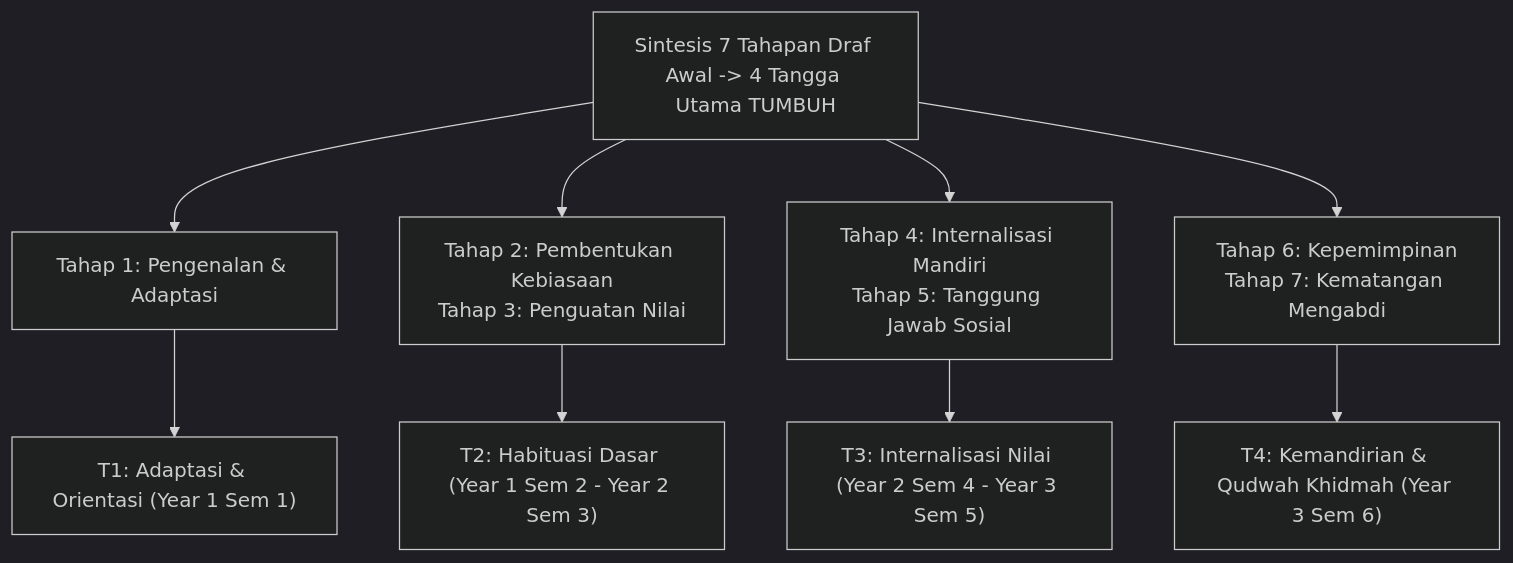
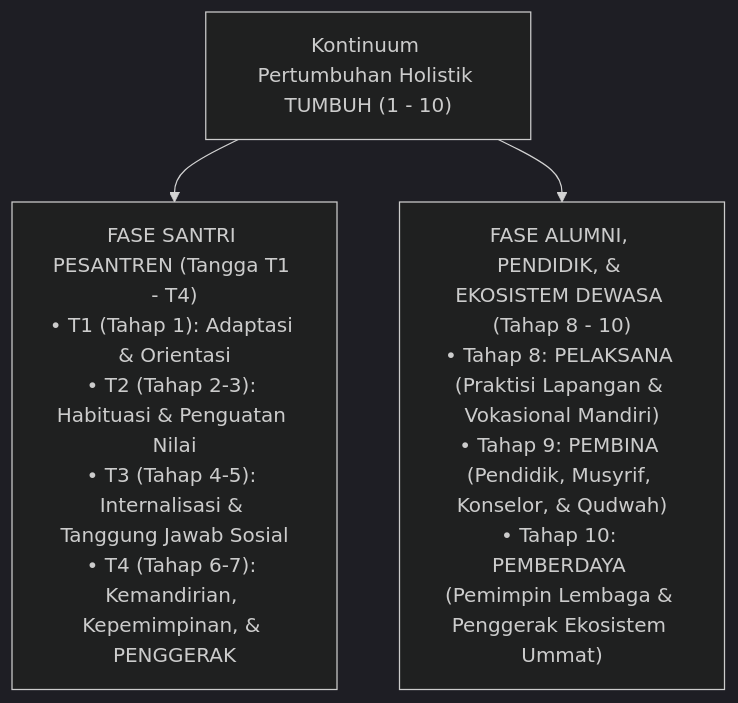
One commit to wandiapriliyandi/tumbuh changed the first of 3 diagrams in 04 Progression Framework/Jurnal-Monograf-Riset-Progresi-Tangga-TUMBUH.md. Above: the diagram before and after it, drawn with Mermaid (dark theme). The commit also changed other lines of this file, not shown here.

Commit message:
feat(domain-04): integrate 1-10 growth continuum (Penggerak, Pelaksana, Pembina, Pemberdaya)

````diff
--- a/04 Progression Framework/Jurnal-Monograf-Riset-Progresi-Tangga-TUMBUH.md
+++ b/04 Progression Framework/Jurnal-Monograf-Riset-Progresi-Tangga-TUMBUH.md
@@ -39,8 +26,6 @@
 ```mermaid
 graph TD
-    SynthesisFlow["Sintesis 7 Tahapan Draf Awal -> 4 Tangga Utama TUMBUH"]
-    SynthesisFlow --> Original1["Tahap 1: Pengenalan & Adaptasi"] --> T1Out["T1: Adaptasi & Orientasi (Year 1 Sem 1)"]
-    SynthesisFlow --> Original23["Tahap 2: Pembentukan Kebiasaan<br/>Tahap 3: Penguatan Nilai"] --> T2Out["T2: Habituasi Dasar (Year 1 Sem 2 - Year 2 Sem 3)"]
-    SynthesisFlow --> Original45["Tahap 4: Internalisasi Mandiri<br/>Tahap 5: Tanggung Jawab Sosial"] --> T3Out["T3: Internalisasi Nilai (Year 2 Sem 4 - Year 3 Sem 5)"]
-    SynthesisFlow --> Original67["Tahap 6: Kepemimpinan<br/>Tahap 7: Kematangan Mengabdi"] --> T4Out["T4: Kemandirian & Qudwah Khidmah (Year 3 Sem 6)"]
+    ContinuumFlow["Kontinuum Pertumbuhan Holistik TUMBUH (1 - 10)"]
+    ContinuumFlow --> SantriPhase["FASE SANTRI PESANTREN (Tangga T1 - T4)<br/>• T1 (Tahap 1): Adaptasi & Orientasi<br/>• T2 (Tahap 2-3): Habituasi & Penguatan Nilai<br/>• T3 (Tahap 4-5): Internalisasi & Tanggung Jawab Sosial<br/>• T4 (Tahap 6-7): Kemandirian, Kepemimpinan, & PENGGERAK"]
+    ContinuumFlow --> AdultPhase["FASE ALUMNI, PENDIDIK, & EKOSISTEM DEWASA (Tahap 8 - 10)<br/>• Tahap 8: PELAKSANA (Praktisi Lapangan & Vokasional Mandiri)<br/>• Tahap 9: PEMBINA (Pendidik, Musyrif, Konselor, & Qudwah)<br/>• Tahap 10: PEMBERDAYA (Pemimpin Lembaga & Penggerak Ekosistem Ummat)"]
 ```
````
